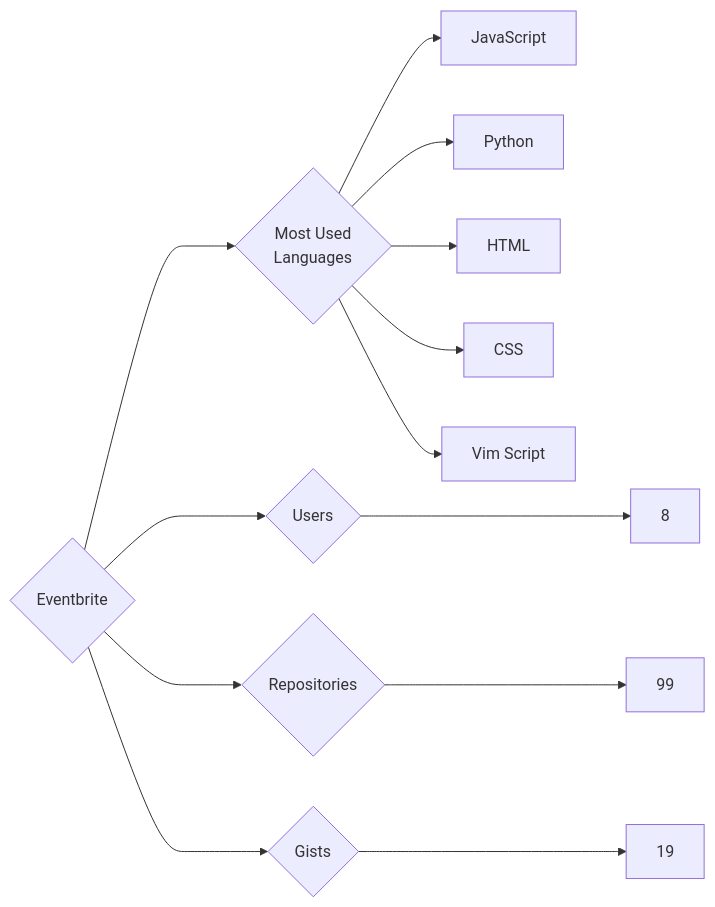
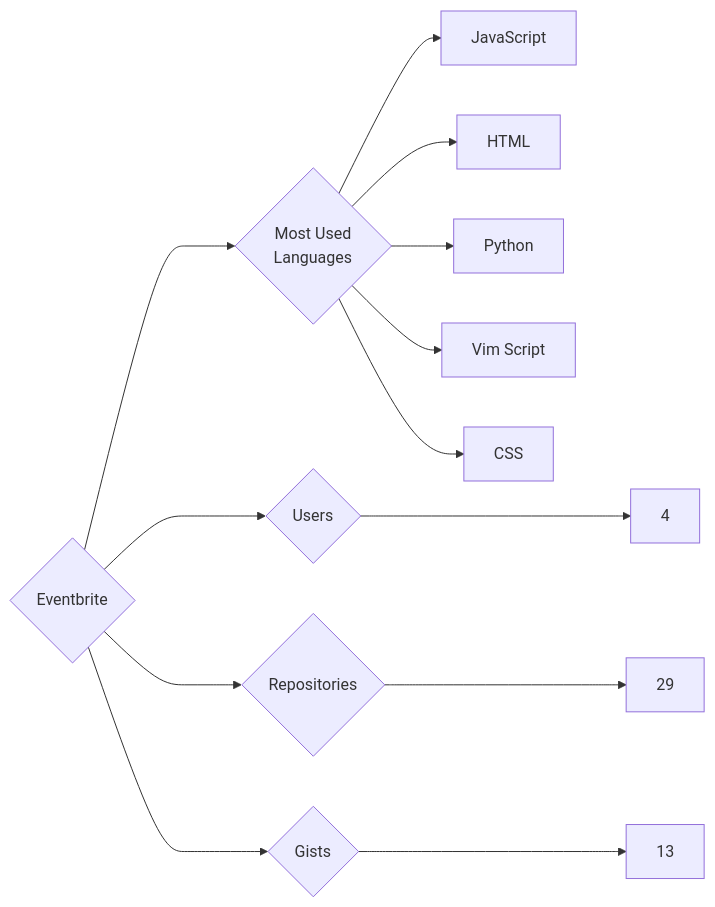
Before and after one commit to trickest/insiders: the diagram in targets/Eventbrite/README.md, drawn with Mermaid. The commit also changed 676 other files, not shown here.

````diff
--- a/targets/Eventbrite/README.md
+++ b/targets/Eventbrite/README.md
@@ -3,13 +3,13 @@
 ```mermaid
 graph LR
 COMPANY_NAME{Eventbrite}
-COMPANY_NAME ---> U{Users} ---> UN[8]
-COMPANY_NAME ---> R{Repositories} ---> RN[99]
-COMPANY_NAME ---> G{Gists} ---> GN[19]
+COMPANY_NAME ---> U{Users} ---> UN[4]
+COMPANY_NAME ---> R{Repositories} ---> RN[29]
+COMPANY_NAME ---> G{Gists} ---> GN[13]
 COMPANY_NAME ---> ML{Most Used<br>Languages}
 ML --> JavaScript[JavaScript]
+ML --> HTML[HTML]
 ML --> Python[Python]
-ML --> HTML[HTML]
+ML --> Vim_Script[Vim Script]
 ML --> CSS[CSS]
-ML --> Vim_Script[Vim Script]
 ```
````
